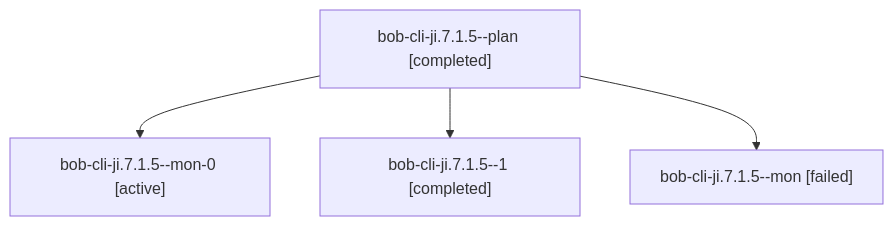
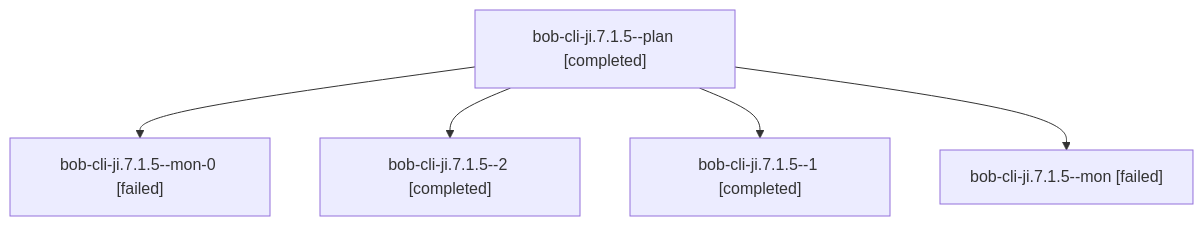
One commit to bobs-org/bob-cli--agents changed the diagram in sessions/bbugyi200.apollo.bob-cli-ji.7.1.5.md. Above: the diagram before and after it, drawn with Mermaid. The commit also changed other lines of this file and 67 other files, not shown here.

````diff
--- a/sessions/bbugyi200.apollo.bob-cli-ji.7.1.5.md
+++ b/sessions/bbugyi200.apollo.bob-cli-ji.7.1.5.md
@@ -9,10 +9,12 @@
 ```mermaid
 flowchart TD
   n0["bob-cli-ji.7.1.5--plan [completed]"]
-  n1["bob-cli-ji.7.1.5--mon-0 [active]"]
+  n1["bob-cli-ji.7.1.5--mon-0 [failed]"]
   n0 --> n1
-  n2["bob-cli-ji.7.1.5--1 [completed]"]
+  n2["bob-cli-ji.7.1.5--2 [completed]"]
   n0 --> n2
-  n3["bob-cli-ji.7.1.5--mon [failed]"]
+  n3["bob-cli-ji.7.1.5--1 [completed]"]
   n0 --> n3
+  n4["bob-cli-ji.7.1.5--mon [failed]"]
+  n0 --> n4
 ```
````
